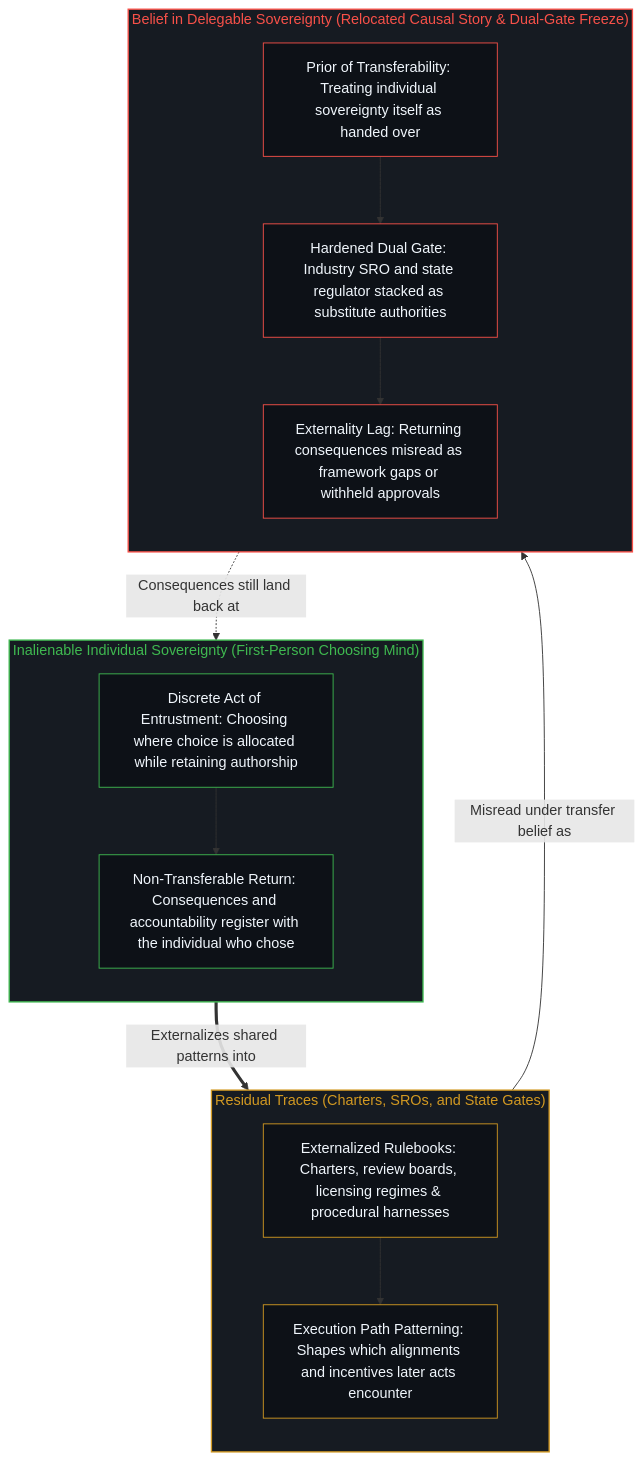
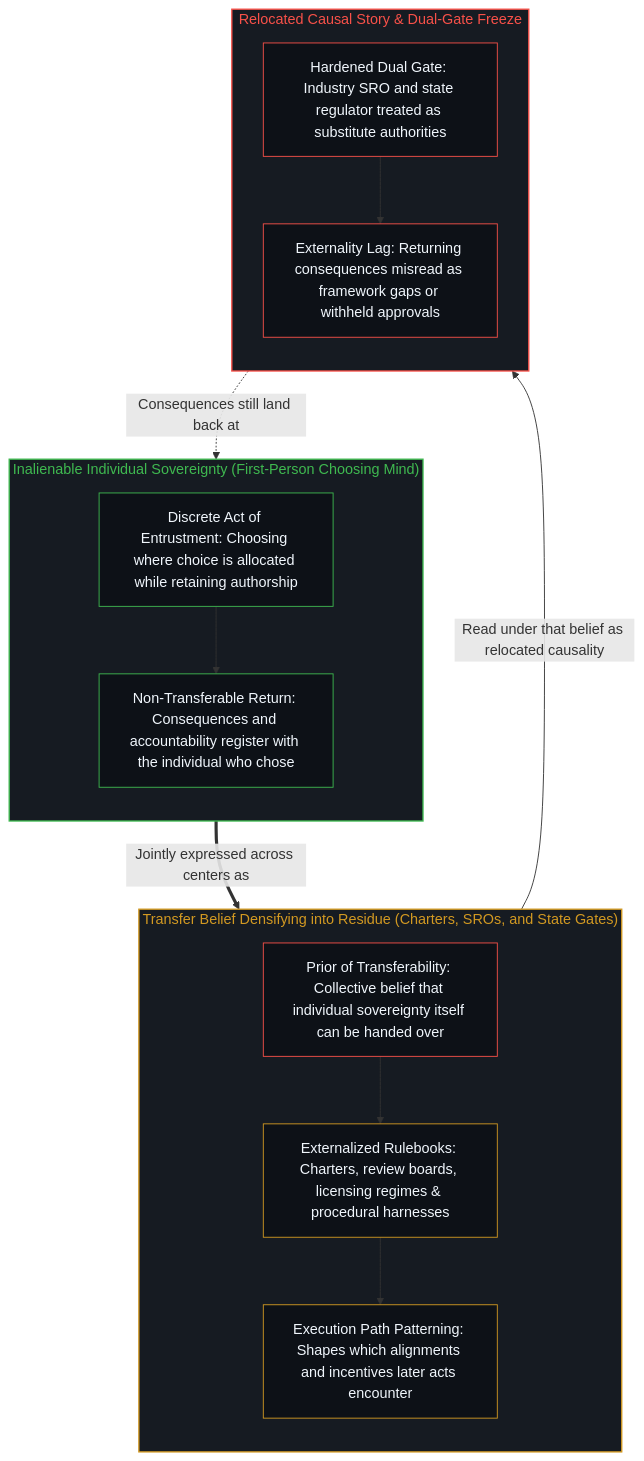
Before and after one commit to powerpig99/not-a-toe: the second of 2 diagrams in content/posts/sovereignty-belief-and-regulatory-structures.md, drawn with Mermaid. The commit also changed other lines of this file and 2 other files, not shown here.

Commit message:
Consolidate Deep Sleep Batch 15 (lane-society): repair Mermaid diagram causality and cross-link attributions in state-and-collective essays

````diff
--- a/content/posts/sovereignty-belief-and-regulatory-structures.md
+++ b/content/posts/sovereignty-belief-and-regulatory-structures.md
@@ -80,36 +80,36 @@
 ```mermaid
 flowchart TD
     subgraph S_Locus["Inalienable Individual Sovereignty (First-Person Choosing Mind)"]
         direction TB
         Choose["Discrete Act of Entrustment: Choosing where choice is allocated while retaining authorship"]
         Return["Non-Transferable Return: Consequences and accountability register with the individual who chose"]
         Choose --> Return
     end
-    subgraph S_Residue["Residual Traces (Charters, SROs, and State Gates)"]
+    subgraph S_Residue["Transfer Belief Densifying into Residue (Charters, SROs, and State Gates)"]
         direction TB
+        Belief["Prior of Transferability: Collective belief that individual sovereignty itself can be handed over"]
         Traces["Externalized Rulebooks: Charters, review boards, licensing regimes & procedural harnesses"]
         Pattern["Execution Path Patterning: Shapes which alignments and incentives later acts encounter"]
+        Belief --> Traces
         Traces --> Pattern
     end
-    subgraph S_Freeze["Belief in Delegable Sovereignty (Relocated Causal Story & Dual-Gate Freeze)"]
+    subgraph S_Freeze["Relocated Causal Story & Dual-Gate Freeze"]
         direction TB
-        Belief["Prior of Transferability: Treating individual sovereignty itself as handed over"]
-        DualGate["Hardened Dual Gate: Industry SRO and state regulator stacked as substitute authorities"]
+        DualGate["Hardened Dual Gate: Industry SRO and state regulator treated as substitute authorities"]
         Lag["Externality Lag: Returning consequences misread as framework gaps or withheld approvals"]
-        Belief --> DualGate
         DualGate --> Lag
     end
-    Choose ==>|"Externalizes shared patterns into"| Traces
-    Pattern -->|"Misread under transfer belief as"| Belief
+    Choose ==>|"Jointly expressed across centers as"| Belief
+    Pattern -->|"Read under that belief as relocated causality"| DualGate
     Lag -.->|"Consequences still land back at"| Return
     style S_Locus fill:#161b22,stroke:#3fb950,stroke-width:1.5px,color:#3fb950
     style S_Residue fill:#161b22,stroke:#d29922,stroke-width:1.5px,color:#d29922
     style S_Freeze fill:#161b22,stroke:#f85149,stroke-width:1.5px,color:#f85149
     style Choose fill:#0d1117,stroke:#3fb950,stroke-width:1px,color:#f0f6fc
     style Return fill:#0d1117,stroke:#3fb950,stroke-width:1px,color:#f0f6fc
+    style Belief fill:#0d1117,stroke:#f85149,stroke-width:1px,color:#f0f6fc
     style Traces fill:#0d1117,stroke:#d29922,stroke-width:1px,color:#f0f6fc
     style Pattern fill:#0d1117,stroke:#d29922,stroke-width:1px,color:#f0f6fc
-    style Belief fill:#0d1117,stroke:#f85149,stroke-width:1px,color:#f0f6fc
     style DualGate fill:#0d1117,stroke:#f85149,stroke-width:1px,color:#f0f6fc
     style Lag fill:#0d1117,stroke:#f85149,stroke-width:1px,color:#f0f6fc
 ```
````
